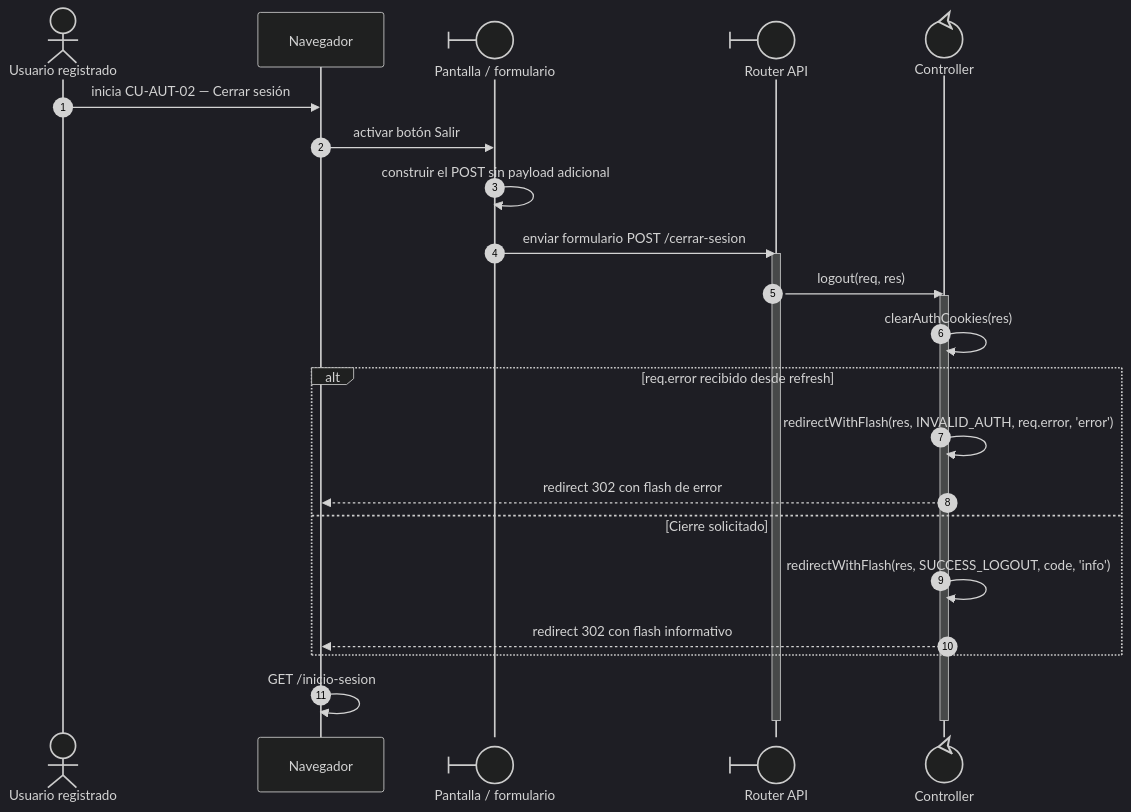
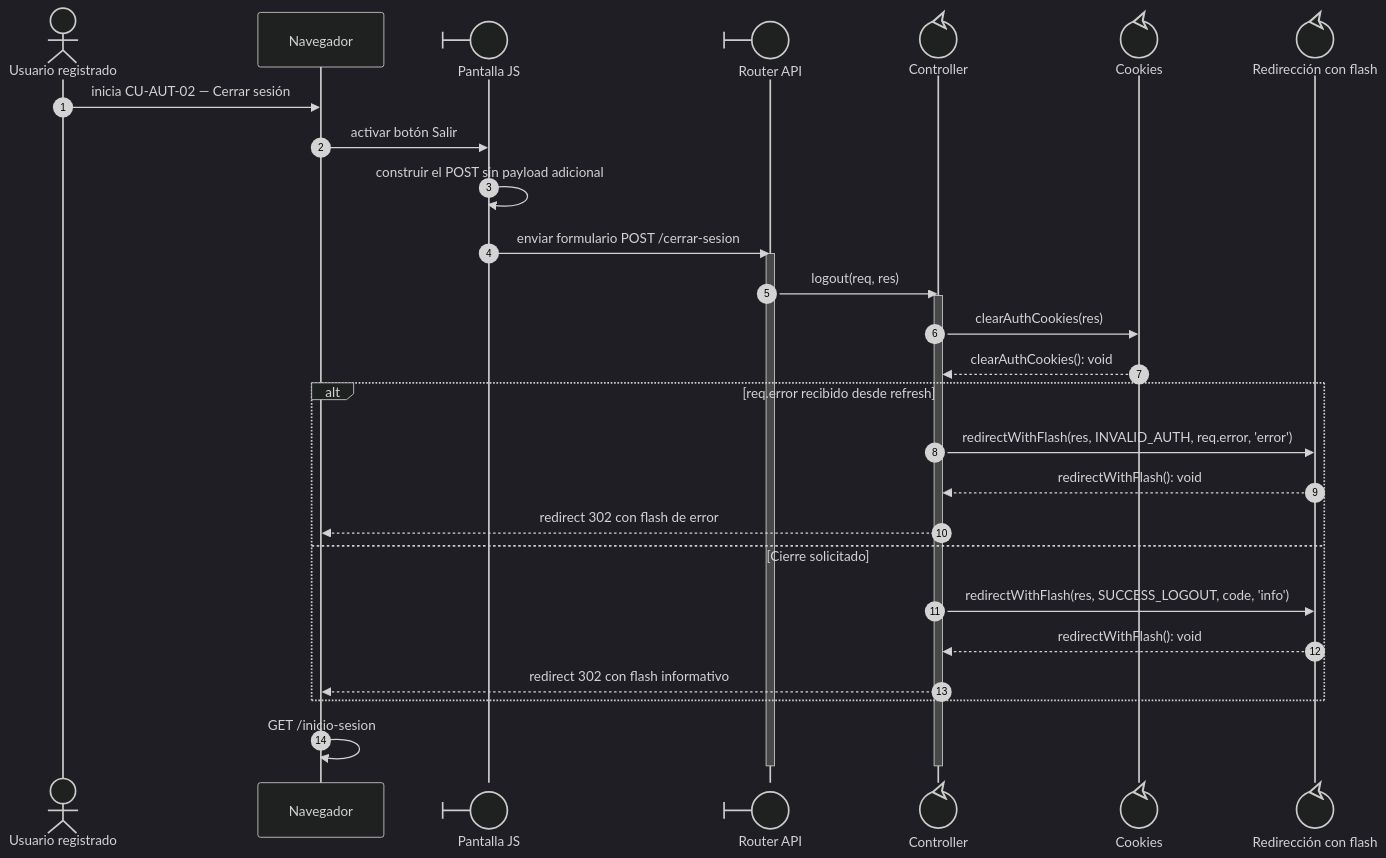
Before and after one commit to gpgsistemas01/nexus: the diagram in docs/architecture/views/processes/frontend-code-sequences/authentication/cu-aut-02.md, drawn with Mermaid (dark theme). The commit also changed other lines of this file and 191 other files, not shown here.

Commit message:
docs: trace sequence lifelines to distinct implementation files

````diff
--- a/docs/architecture/views/processes/frontend-code-sequences/authentication/cu-aut-02.md
+++ b/docs/architecture/views/processes/frontend-code-sequences/authentication/cu-aut-02.md
@@ -21,28 +23,35 @@
 ```mermaid
 sequenceDiagram
     autonumber
     actor Initiator as Usuario registrado
     participant Browser as Navegador
-    participant View@{ "type": "boundary" } as Pantalla / formulario
+    participant View@{ "type": "boundary" } as Pantalla JS
     participant Route@{ "type": "boundary" } as Router API
     participant Controller@{ "type": "control" } as Controller
+
+    participant Cookies@{ "type": "control" } as Cookies
+
+    participant Flash@{ "type": "control" } as Redirección con flash
 
     Initiator->>Browser: inicia CU-AUT-02 — Cerrar sesión
     Browser->>View: activar botón Salir
     View->>View: construir el POST sin payload adicional
     View->>Route: enviar formulario POST /cerrar-sesion
     activate Route
     Route->>Controller: logout(req, res)
     activate Controller
-    Controller->>Controller: clearAuthCookies(res)
+    Controller->>Cookies: clearAuthCookies(res)
+    Cookies-->>Controller: clearAuthCookies(): void
     alt req.error recibido desde refresh
-        Controller->>Controller: redirectWithFlash(res, INVALID_AUTH, req.error, 'error')
+        Controller->>Flash: redirectWithFlash(res, INVALID_AUTH, req.error, 'error')
+        Flash-->>Controller: redirectWithFlash(): void
         Controller-->>Browser: redirect 302 con flash de error
     else Cierre solicitado
-        Controller->>Controller: redirectWithFlash(res, SUCCESS_LOGOUT, code, 'info')
+        Controller->>Flash: redirectWithFlash(res, SUCCESS_LOGOUT, code, 'info')
+        Flash-->>Controller: redirectWithFlash(): void
         Controller-->>Browser: redirect 302 con flash informativo
     end
     Browser->>Browser: GET /inicio-sesion
     deactivate Controller
     deactivate Route
 ```
````
